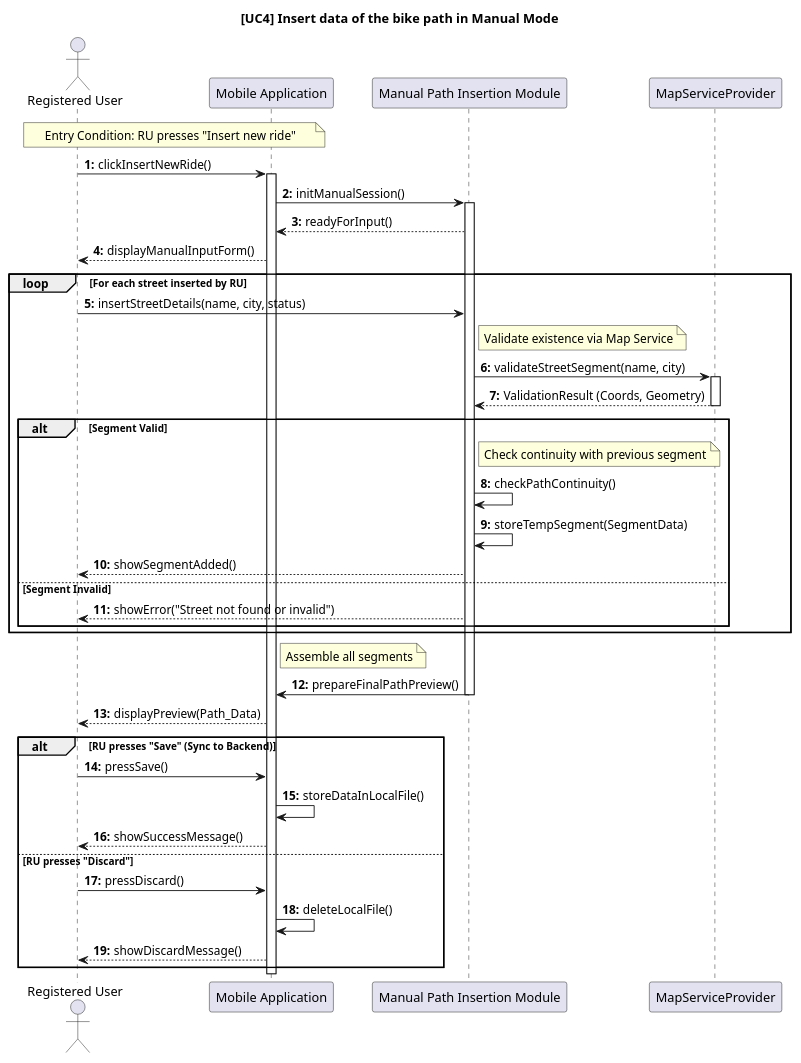
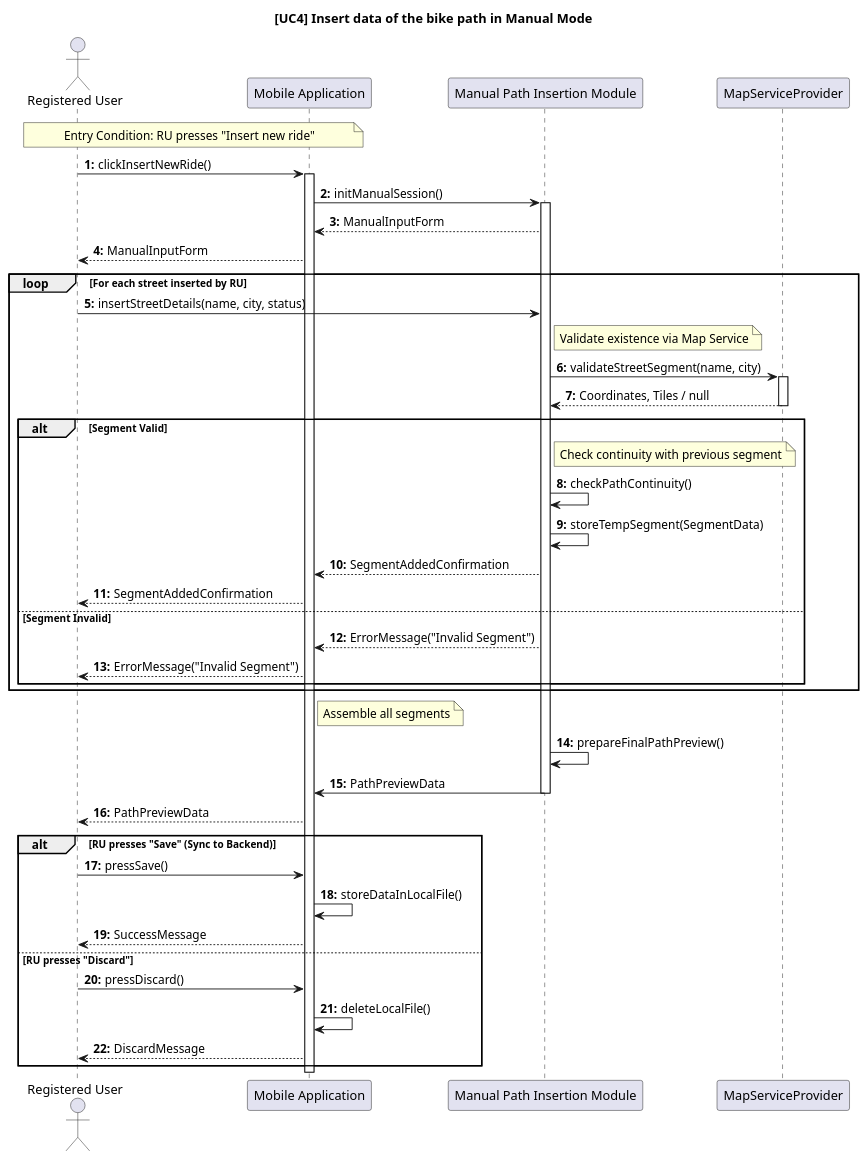
One commit to ilevinci/RubinoUvinsiVinciguerra changed the diagram in DD/sequencediagrams/usecase4.puml. Above: the diagram before and after it, drawn with PlantUML. The commit also changed 8 other files, not shown here.

Commit message:
further refactoring of DD sequence diagrams, more consistency of return values

```diff
--- a/DD/sequencediagrams/usecase4.puml
+++ b/DD/sequencediagrams/usecase4.puml
@@ -1,79 +1,82 @@
 @startuml UC4_InsertManualMode_Design
 autonumber "<b>0:"
 title [UC4] Insert data of the bike path in Manual Mode
 
 ' =======================================================
 ' COMPONENT DEFINITION
 ' =======================================================
 actor "Registered User" as RU
 participant "Mobile Application" as Client
 participant "Manual Path Insertion Module" as MPIM
 
 ' External Service (Validazione Geografica)
 participant "MapServiceProvider" as Map
 
 ' =======================================================
 ' ENTRY CONDITION
 ' =======================================================
 note over RU, Client: Entry Condition: RU presses "Insert new ride"
 
 ' =======================================================
 ' INITIALIZATION
 ' =======================================================
 RU -> Client: clickInsertNewRide()
 activate Client
 Client -> MPIM: initManualSession()
 activate MPIM
-MPIM --> Client: readyForInput()
-Client--> RU: displayManualInputForm()
+MPIM --> Client: ManualInputForm
+Client--> RU: ManualInputForm
 
 ' =======================================================
 ' (a) & (b) ITERATIVE INSERTION & VALIDATION
 ' =======================================================
 loop For each street inserted by RU
     RU -> MPIM: insertStreetDetails(name, city, status)
     
     ' Validazione Esterna (Smart Client)
     note right of MPIM: Validate existence via Map Service
     MPIM -> Map: validateStreetSegment(name, city)
     activate Map
-    Map --> MPIM: ValidationResult (Coords, Geometry)
+    Map --> MPIM: Coordinates, Tiles / null
     deactivate Map
     
     alt Segment Valid
         ' Validazione Logica Locale
         note right of MPIM: Check continuity with previous segment
         MPIM -> MPIM: checkPathContinuity()
         
         MPIM -> MPIM: storeTempSegment(SegmentData)
-        MPIM --> RU: showSegmentAdded()
+        MPIM --> Client: SegmentAddedConfirmation
+        Client --> RU: SegmentAddedConfirmation
     else Segment Invalid
-        MPIM --> RU: showError("Street not found or invalid")
+        MPIM --> Client: ErrorMessage("Invalid Segment")
+        Client --> RU: ErrorMessage("Invalid Segment")
     end
 end
 
 ' =======================================================
 ' (c) PREVIEW
 ' =======================================================
 note right of Client: Assemble all segments
-MPIM -> Client: prepareFinalPathPreview()
+MPIM -> MPIM: prepareFinalPathPreview()
+MPIM -> Client: PathPreviewData
 deactivate MPIM
-Client --> RU: displayPreview(Path_Data)
+Client --> RU: PathPreviewData
 
 ' =======================================================
 ' EXIT CONDITION: SAVE OR DISCARD
 ' =======================================================
 alt RU presses "Save" (Sync to Backend)
     RU -> Client: pressSave()
     
     Client -> Client: storeDataInLocalFile()
-    Client --> RU: showSuccessMessage()
+    Client --> RU: SuccessMessage
 
 else RU presses "Discard"
     RU -> Client: pressDiscard()
     Client -> Client: deleteLocalFile()
-    Client --> RU: showDiscardMessage()
+    Client --> RU: DiscardMessage
 end
 
 deactivate Client
 @enduml
```
